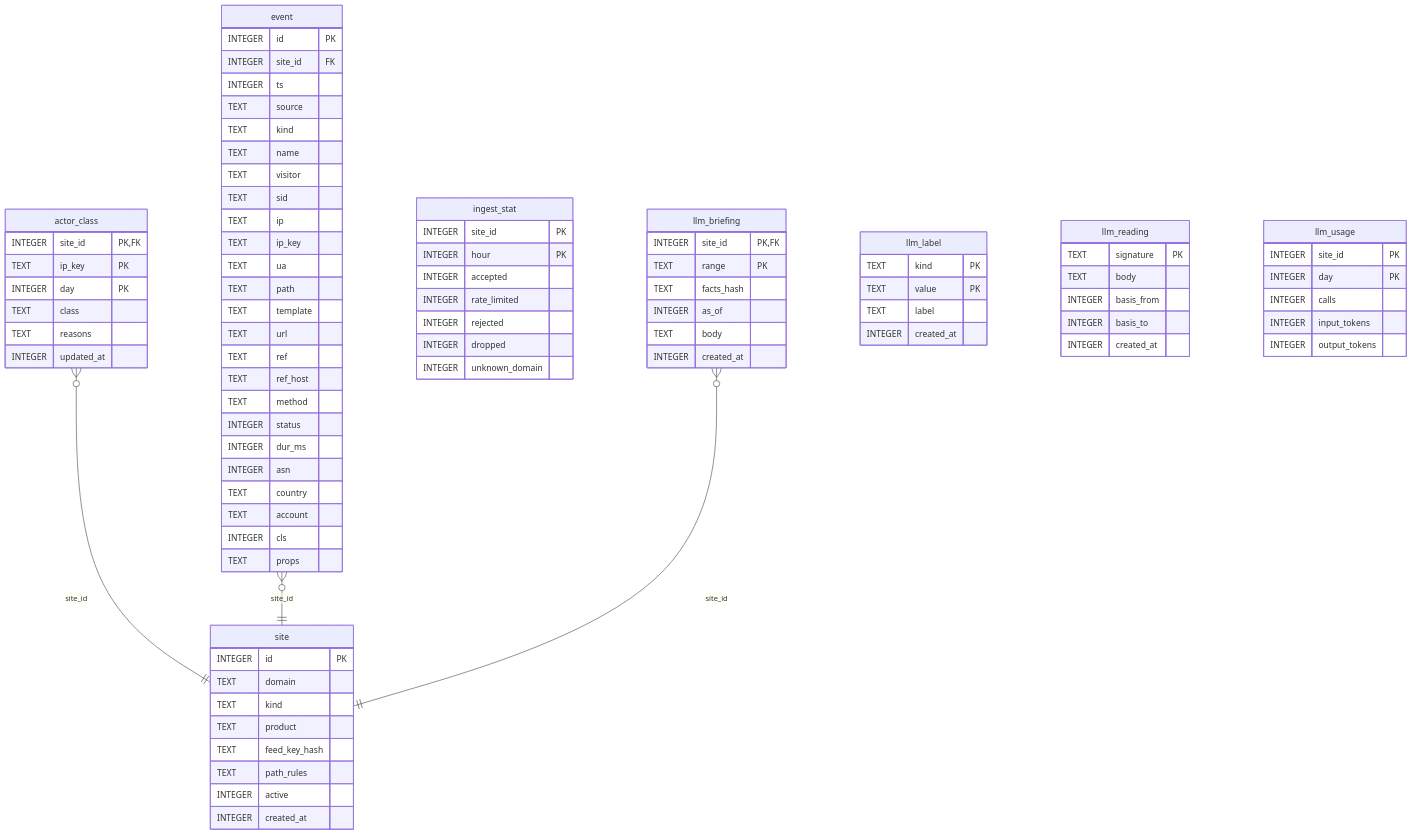
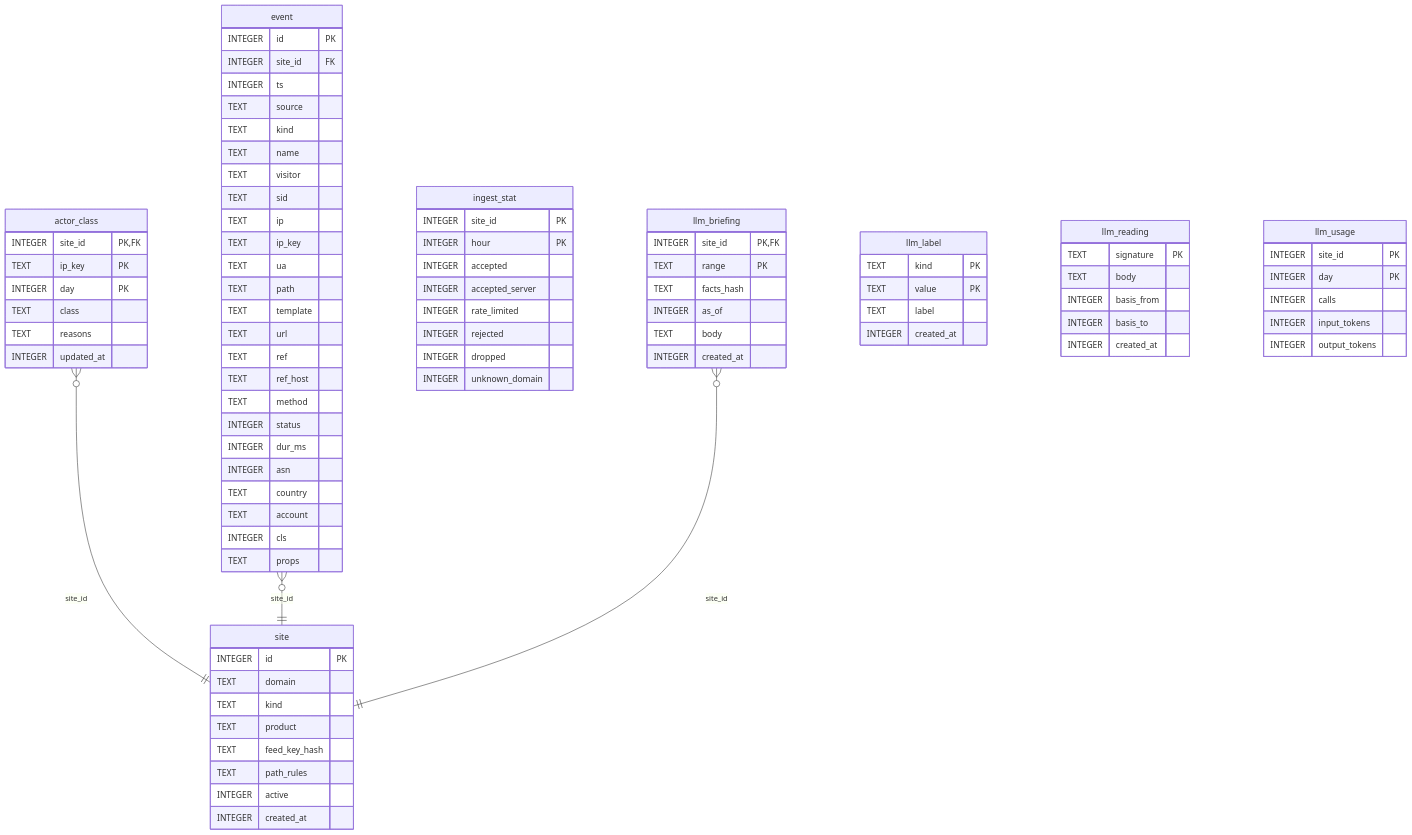
One commit to trick77/nui changed the diagram in docs/schema.md. Above: the diagram before and after it, drawn with Mermaid. The commit also changed other lines of this file and 8 other files, not shown here.

```diff
--- a/docs/schema.md
+++ b/docs/schema.md
@@ -220,6 +221,7 @@
         INTEGER site_id PK
         INTEGER hour PK
         INTEGER accepted
+        INTEGER accepted_server
         INTEGER rate_limited
         INTEGER rejected
         INTEGER dropped
```
